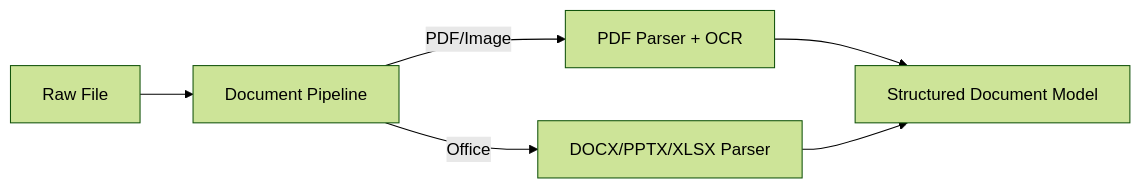
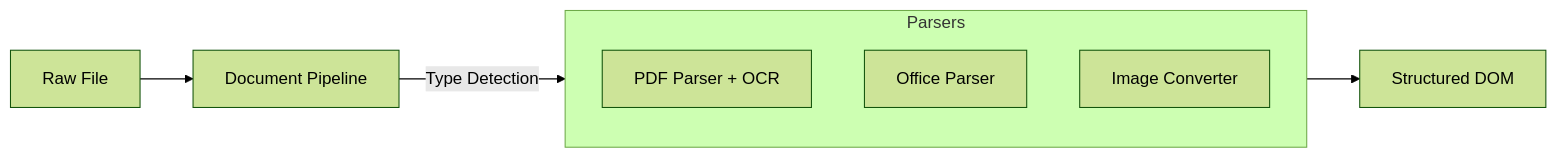
Before and after one commit to sayouzone/sayou-fabric: the diagram in packages/sayou-document/README.md, drawn with Mermaid (forest theme). The commit also changed other lines of this file and 9 other files, not shown here.

````diff
--- a/packages/sayou-document/README.md
+++ b/packages/sayou-document/README.md
@@ -23,8 +19,13 @@
 ```mermaid
-flowchart LR
+graph LR
     File[Raw File] --> Pipeline[Document Pipeline]
-    Pipeline -->|PDF/Image| OCR[PDF Parser + OCR]
-    Pipeline -->|Office| Office[DOCX/PPTX/XLSX Parser]
-    OCR --> DOM[Structured Document Model]
-    Office --> DOM
+    
+    subgraph Parsers
+        PDF[PDF Parser + OCR]
+        Office[Office Parser]
+        Img[Image Converter]
+    end
+    
+    Pipeline -->|Type Detection| Parsers
+    Parsers --> DOM[Structured DOM]
 ```
````
